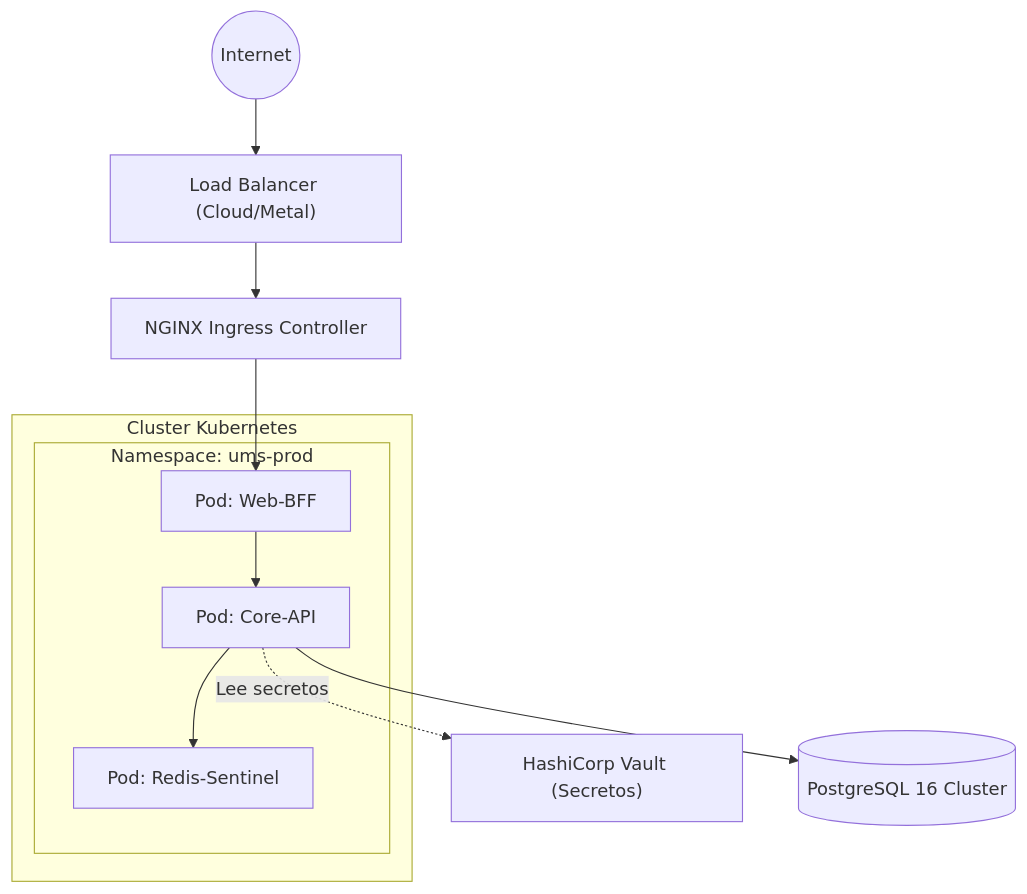
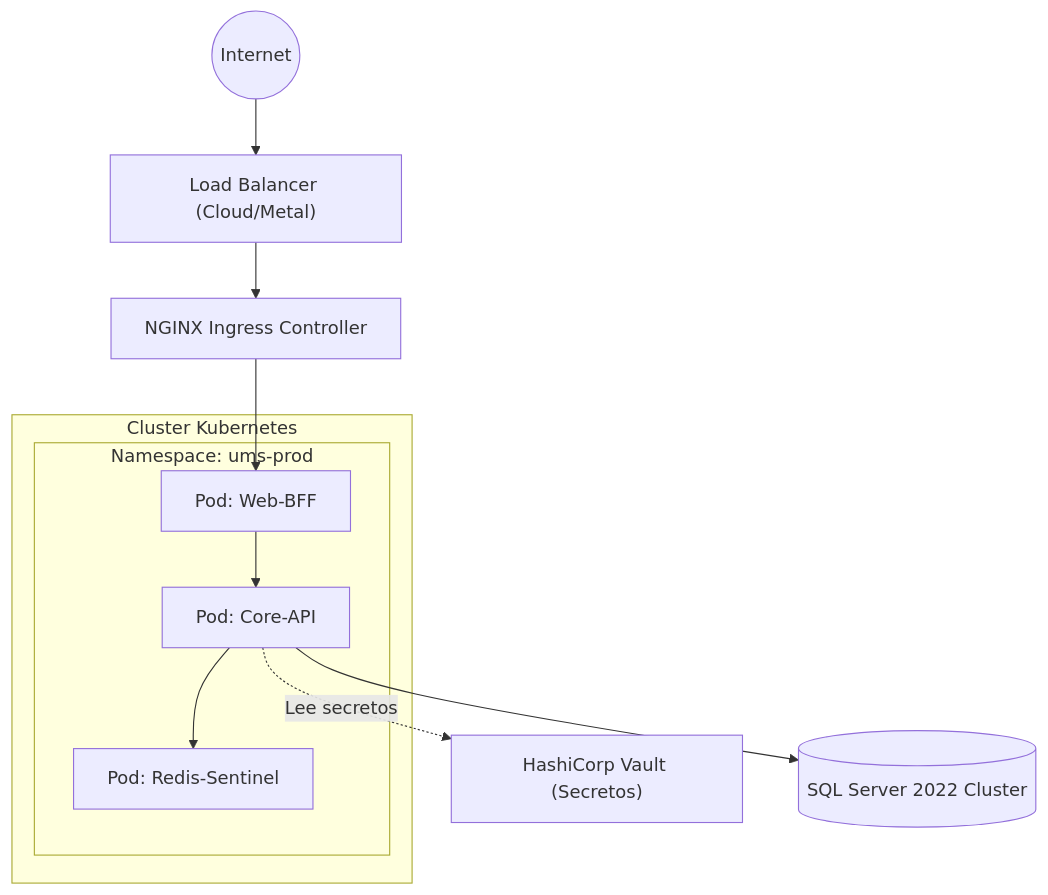
Before and after one commit to beyondnetcode/ums: the seventh of 7 diagrams in architecture/blueprints-es/architecture-spec.md, drawn with Mermaid. The commit also changed other lines of this file and 8 other files, not shown here.

````diff
--- a/architecture/blueprints-es/architecture-spec.md
+++ b/architecture/blueprints-es/architecture-spec.md
@@ -334,25 +335,25 @@
 ```mermaid
 graph TD
-    Internet((Internet))
+    Internet(("Internet"))
     LB["Load Balancer (Cloud/Metal)"]
     Ingress["NGINX Ingress Controller"]
     Vault["HashiCorp Vault (Secretos)"]
     
     subgraph K8s["Cluster Kubernetes"]
         subgraph NS_UMS["Namespace: ums-prod"]
             BFF["Pod: Web-BFF"]
             API["Pod: Core-API"]
             Redis["Pod: Redis-Sentinel"]
         end
     end
 
-    DB[(PostgreSQL 16 Cluster)]
+    DB[("SQL Server 2022 Cluster")]
 
     Internet --> LB
     LB --> Ingress
     Ingress --> BFF
     BFF --> API
     API --> Redis
     API --> DB
-    API -.->|Lee secretos| Vault
+    API -.->|"Lee secretos"| Vault
 ```
````
